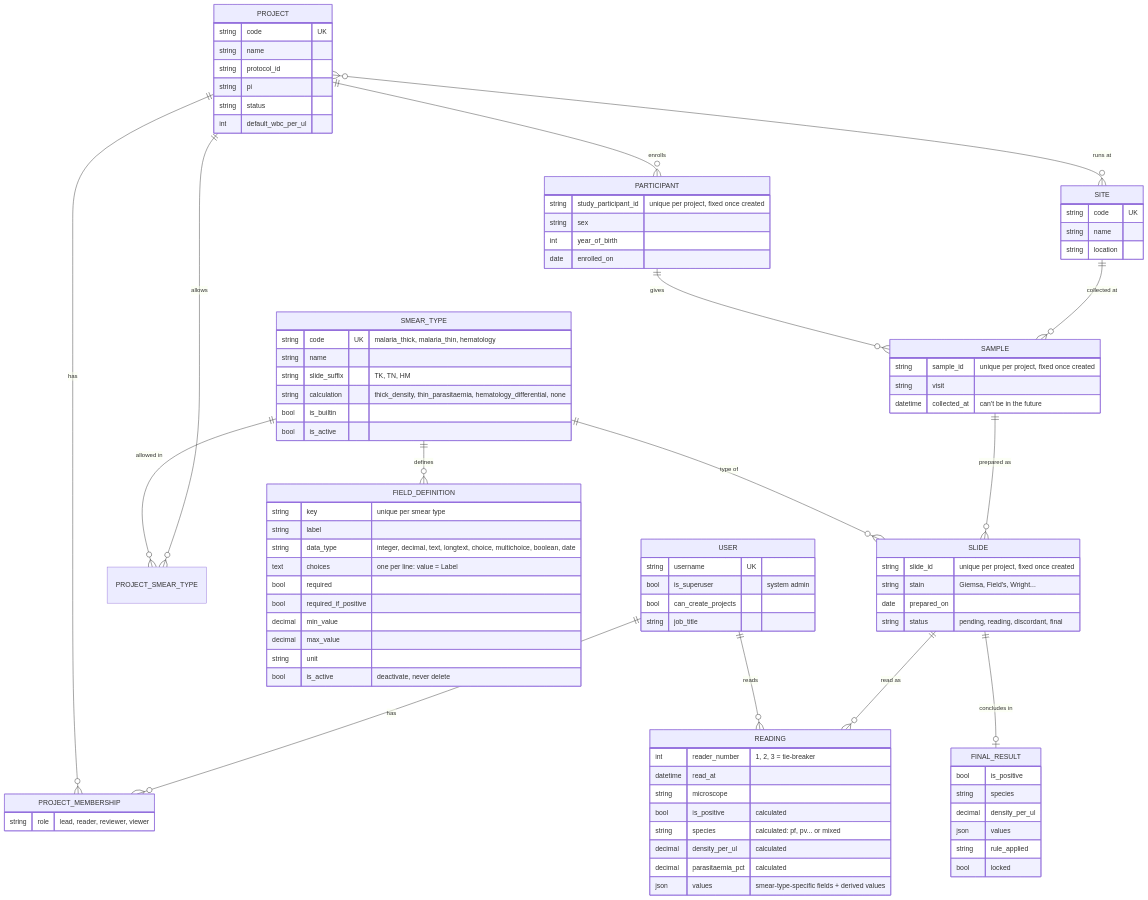
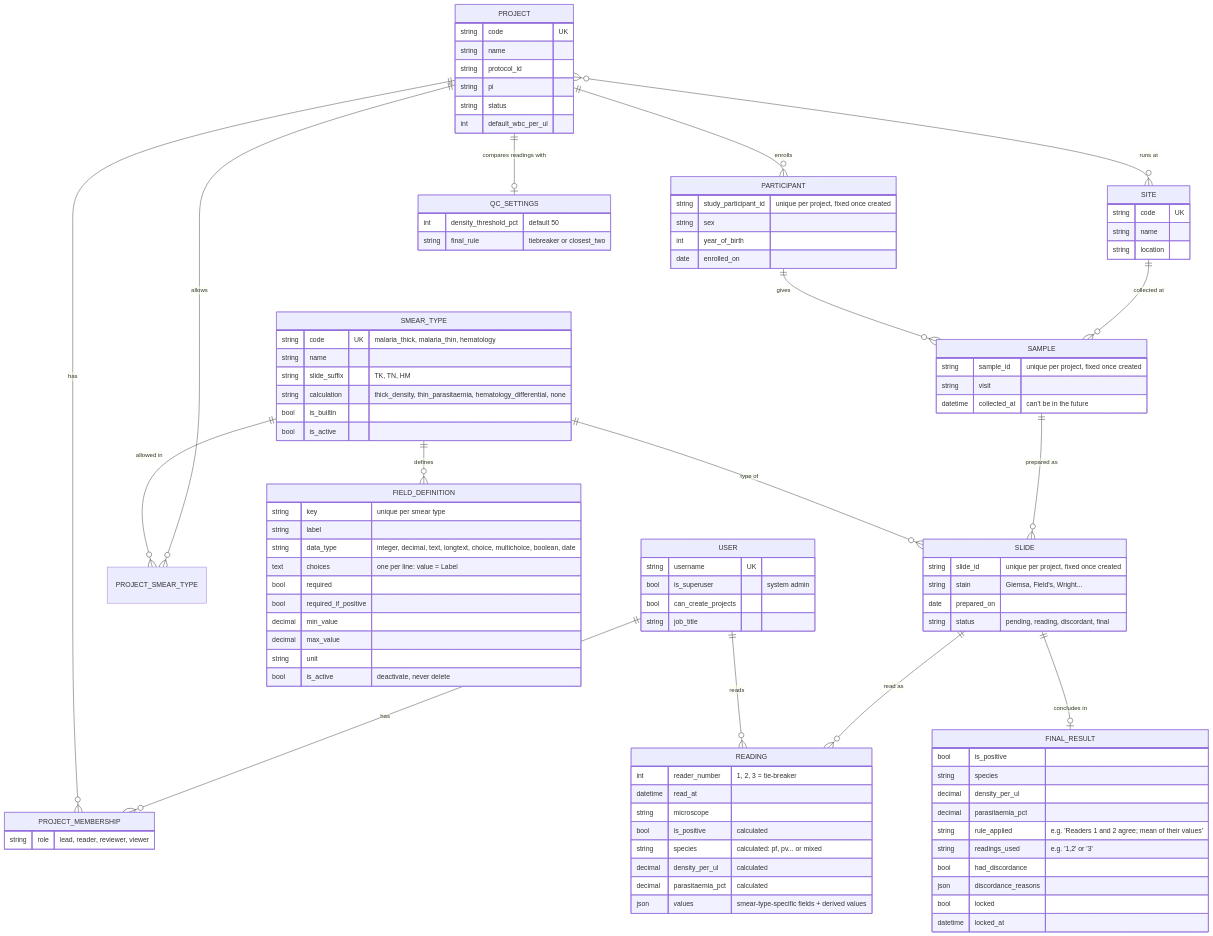
One commit to inabende/BSIS changed the third of 6 diagrams in docs/02-architecture.md. Above: the diagram before and after it, drawn with Mermaid. The commit also changed other lines of this file and 44 other files, not shown here.

````diff
--- a/docs/02-architecture.md
+++ b/docs/02-architecture.md
@@ -136,6 +140,7 @@
     SLIDE ||--o{ READING : "read as"
     USER ||--o{ READING : reads
     SLIDE ||--o| FINAL_RESULT : "concludes in"
+    PROJECT ||--o| QC_SETTINGS : "compares readings with"
 
     PROJECT {
         string code UK
@@ -210,8 +215,16 @@
         bool is_positive
         string species
         decimal density_per_ul
-        json values
-        string rule_applied
+        decimal parasitaemia_pct
+        string rule_applied "e.g. 'Readers 1 and 2 agree; mean of their values'"
+        string readings_used "e.g. '1,2' or '3'"
+        bool had_discordance
+        json discordance_reasons
         bool locked
+        datetime locked_at
+    }
+    QC_SETTINGS {
+        int density_threshold_pct "default 50"
+        string final_rule "tiebreaker or closest_two"
     }
 ```
````
